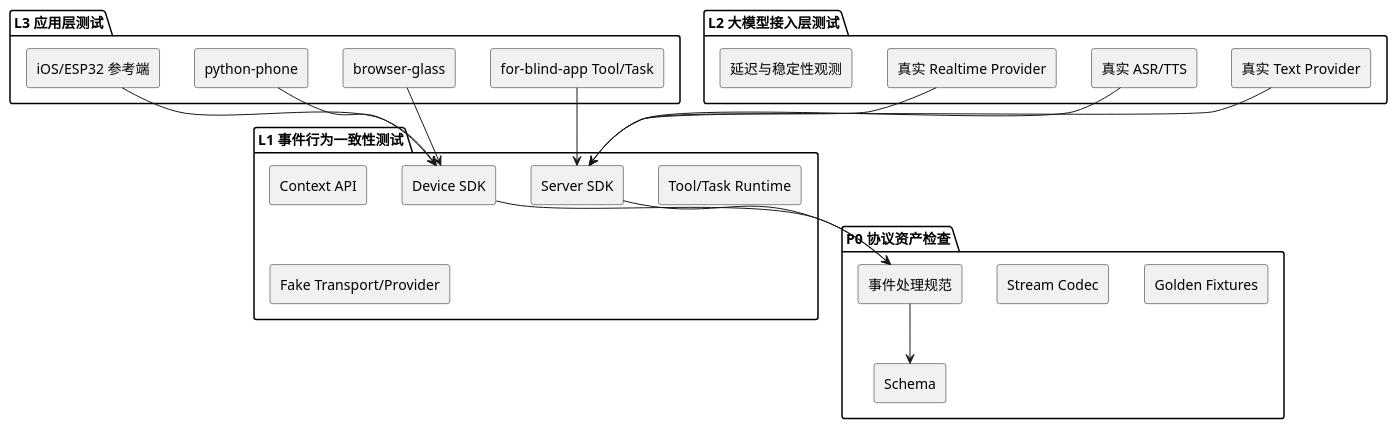
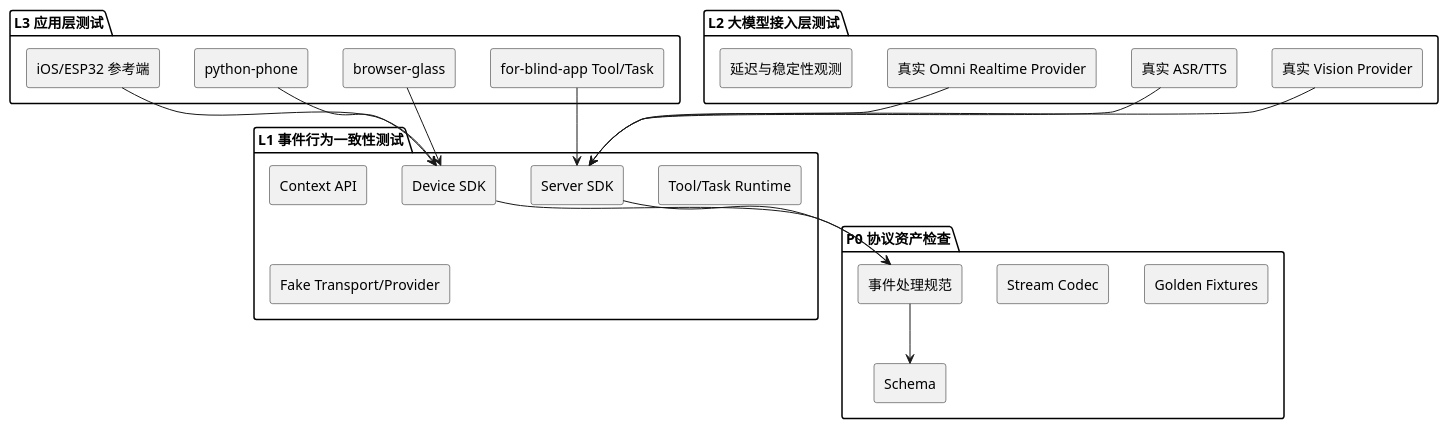
Before and after one commit to HengeLiu/RealtimeAgent: the diagram in docs/internal/regression-test-strategy.md, drawn with PlantUML. The commit also changed other lines of this file and 33 other files, not shown here.

````diff
--- a/docs/internal/regression-test-strategy.md
+++ b/docs/internal/regression-test-strategy.md
@@ -49,45 +49,45 @@
 ```plantuml
 @startuml
 skinparam componentStyle rectangle
 
 package "L3 应用层测试" {
   [for-blind-app Tool/Task]
   [browser-glass]
   [python-phone]
   [iOS/ESP32 参考端]
 }
 
 package "L2 大模型接入层测试" {
-  [真实 Text Provider]
+  [真实 Vision Provider]
   [真实 ASR/TTS]
-  [真实 Realtime Provider]
+  [真实 Omni Realtime Provider]
   [延迟与稳定性观测]
 }
 
 package "L1 事件行为一致性测试" {
   [Server SDK]
   [Device SDK]
   [Context API]
   [Tool/Task Runtime]
   [Fake Transport/Provider]
 }
 
 package "P0 协议资产检查" {
   [Schema]
   [Golden Fixtures]
   [Stream Codec]
   [事件处理规范]
 }
 
 [for-blind-app Tool/Task] --> [Server SDK]
 [browser-glass] --> [Device SDK]
 [python-phone] --> [Device SDK]
 [iOS/ESP32 参考端] --> [Device SDK]
 [Server SDK] --> [事件处理规范]
 [Device SDK] --> [事件处理规范]
 [事件处理规范] --> [Schema]
-[真实 Text Provider] --> [Server SDK]
+[真实 Vision Provider] --> [Server SDK]
 [真实 ASR/TTS] --> [Server SDK]
-[真实 Realtime Provider] --> [Server SDK]
+[真实 Omni Realtime Provider] --> [Server SDK]
 @enduml
 ```
````
